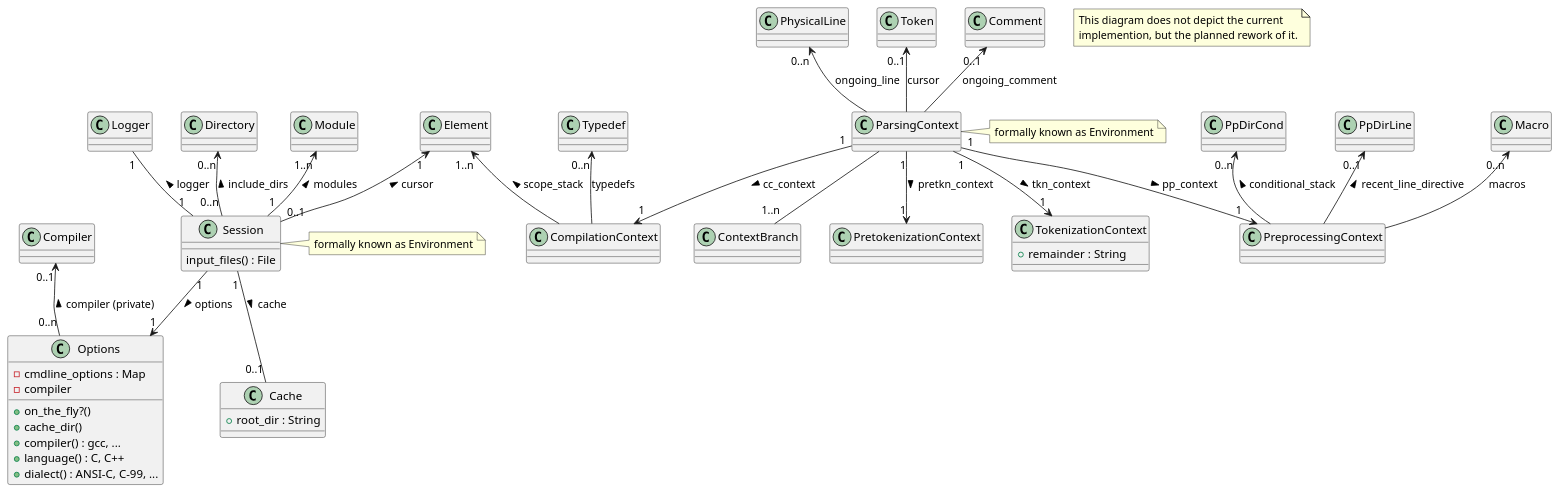
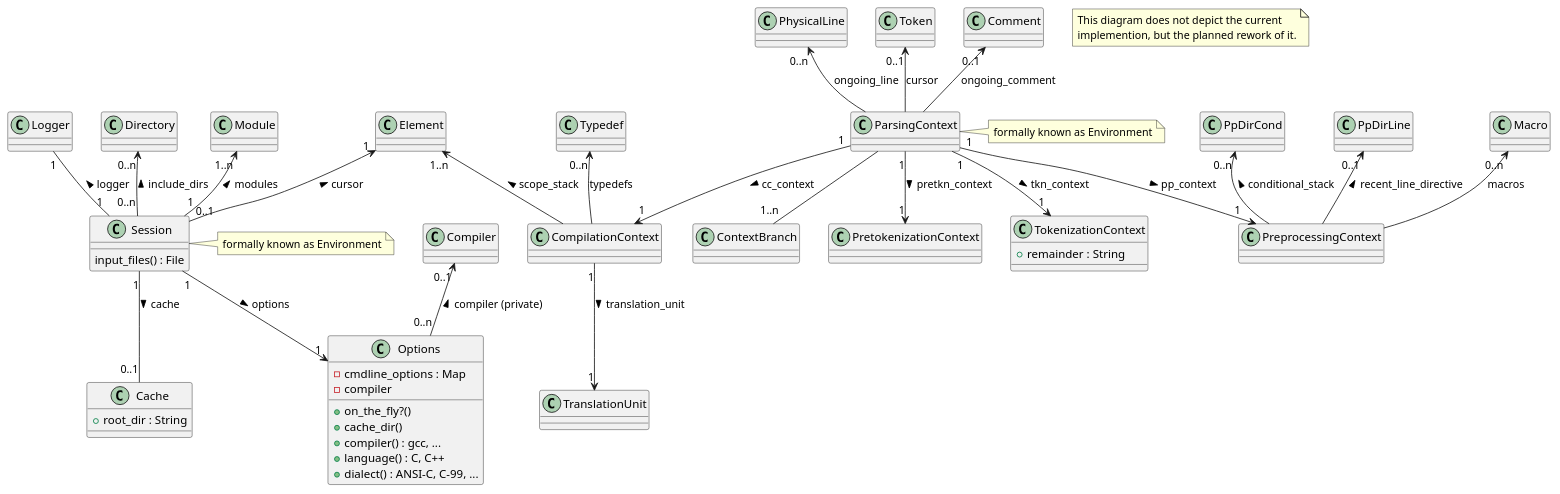
The diagram in design/operational.puml (thilo-fischer/rocc), drawn with PlantUML before and after one commit. The commit also changed 16 other files, not shown here.

```diff
--- a/design/operational.puml
+++ b/design/operational.puml
@@ -1,87 +1,88 @@
 @startuml
 
 ' Copyright (C) 2014-2015  Thilo Fischer.
 ' Free for non-commercial and most commercial use. See LICENSE.txt for details.
 
 note as N1
   This diagram does not depict the current
   implemention, but the planned rework of it.
 end note
 
 class Session {
   ' All the main_files of the translation units that make up the modules
   input_files() : File
 }
 note right: formally known as Environment
 Logger "1" -- "1" Session : logger <
 ' From the Elements UML diagram
 Element "1" <-- "0..1" Session : cursor <
 Directory "0..n" <-- "0..n" Session : include_dirs <
 Module "1..n" <-- "1" Session : modules <
 
 class Options {
   + on_the_fly?()
   ' path to the cache directory, Session will create its cache from this
   + cache_dir()
   ' emulate a certain compilers command line argument processing (and possibly other behaviour)
   + compiler() : gcc, ...
   + language() : C, C++
   + dialect() : ANSI-C, C-99, ...
   - cmdline_options : Map
   - compiler
 }
 Session "1" --> "1" Options : options >
 Compiler "0..1" <-- "0..n" Options : compiler (private) <
 
 class Cache {
   + root_dir : String
 }
 ' No cache only for on-the-fly invokations
 Session "1" -- "0..1" Cache : cache >
 
 
 
 class ParsingContext {
 
 }
 note right: formally known as Environment
 
 class ContextBranch {
 }
 ParsingContext -- "1..n" ContextBranch
 
 class PretokenizationContext {
 }
 ParsingContext "1" --> "1" PretokenizationContext : pretkn_context >
 PhysicalLine "0..n" <-- ParsingContext : ongoing_line
 
 class TokenizationContext {
   ' remaining charactres of current line to tokenize
   + remainder : String
 }
 ParsingContext "1" --> "1" TokenizationContext : tkn_context >
 ' most recently generated token, shold be 0 only at the very beginning of translation unit
 Token "0..1" <-- ParsingContext : cursor
 ' Refers to a comment if the comment's beginning has already been parsed, but the comment's ending has not yet been found (e.g. block comments that span several lines)
 Comment "0..1" <-- ParsingContext : ongoing_comment
 
 class PreprocessingContext {
 }
 ParsingContext "1" --> "1" PreprocessingContext : pp_context >
 ' map from macro identifiers to their definitions
 Macro "0..n" <-- PreprocessingContext : macros
 ' array of all preprocessing conditional branches chosen
 PpDirCond "0..n" <-- PreprocessingContext : conditional_stack <
 ' most recent preprocessor line directive
 PpDirLine "0..1" <-- PreprocessingContext : recent_line_directive <
 
 class CompilationContext {
 }
 ParsingContext "1" --> "1" CompilationContext : cc_context >
+CompilationContext "1" --> "1" TranslationUnit : translation_unit >
 ' Which namespace, class, function, compound statement, etc. are we in at the current position in source code (formally known as expansion_stack)
 Element "1..n" <-- CompilationContext : scope_stack <
 ' map from type identifiers to their definitions
 Typedef "0..n" <-- CompilationContext : typedefs
 
 
 @enduml
```
